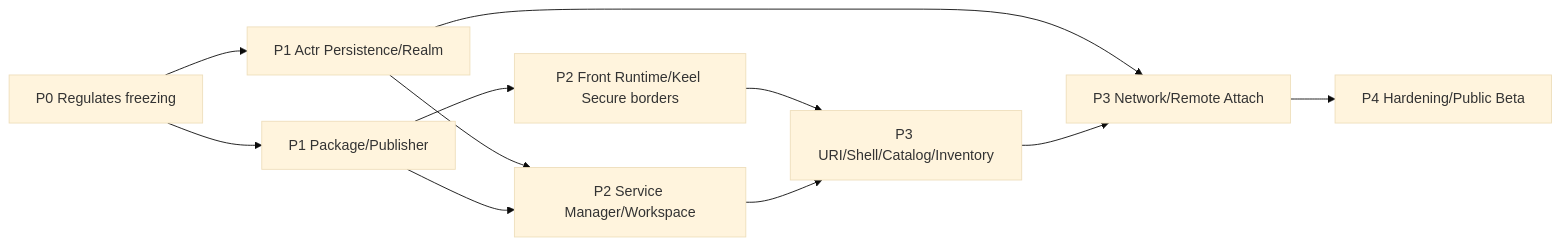
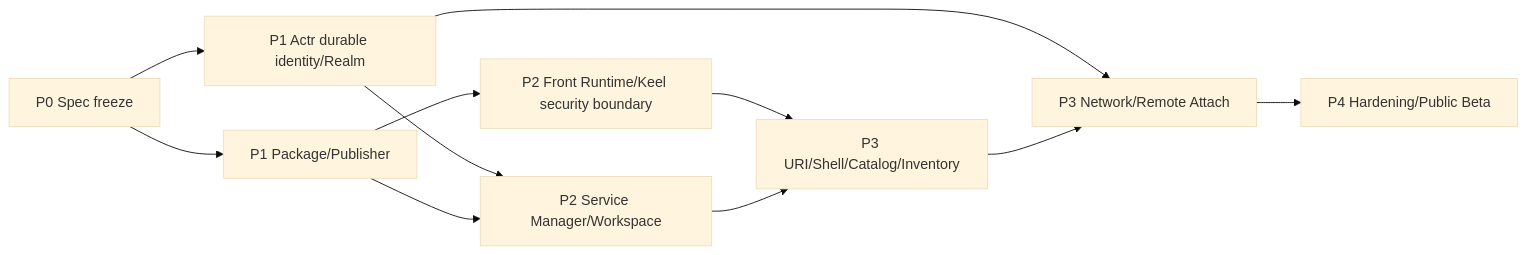
Before and after one commit to Actrium/actrium: the diagram in docs/product/actrium-v1/11-delivery-plan.md, drawn with Mermaid (base theme). The commit also changed other lines of this file and 15 other files, not shown here.

````diff
--- a/docs/product/actrium-v1/11-delivery-plan.md
+++ b/docs/product/actrium-v1/11-delivery-plan.md
@@ -32,22 +32,22 @@
 ```mermaid
 flowchart LR
-    A["P0 Regulates freezing"]
-    B["P1 Actr Persistence/Realm"]
+    A["P0 Spec freeze"]
+    B["P1 Actr durable identity/Realm"]
     C["P1 Package/Publisher"]
-    D["P2 Front Runtime/Keel Secure borders"]
+    D["P2 Front Runtime/Keel security boundary"]
     E["P2 Service Manager/Workspace"]
     F["P3 URI/Shell/Catalog/Inventory"]
     G["P3 Network/Remote Attach"]
     H["P4 Hardening/Public Beta"]
 
     A --> B
     A --> C
     B --> E
     C --> D
     C --> E
     D --> F
     E --> F
     B --> G
     F --> G
     G --> H
 ```
````
